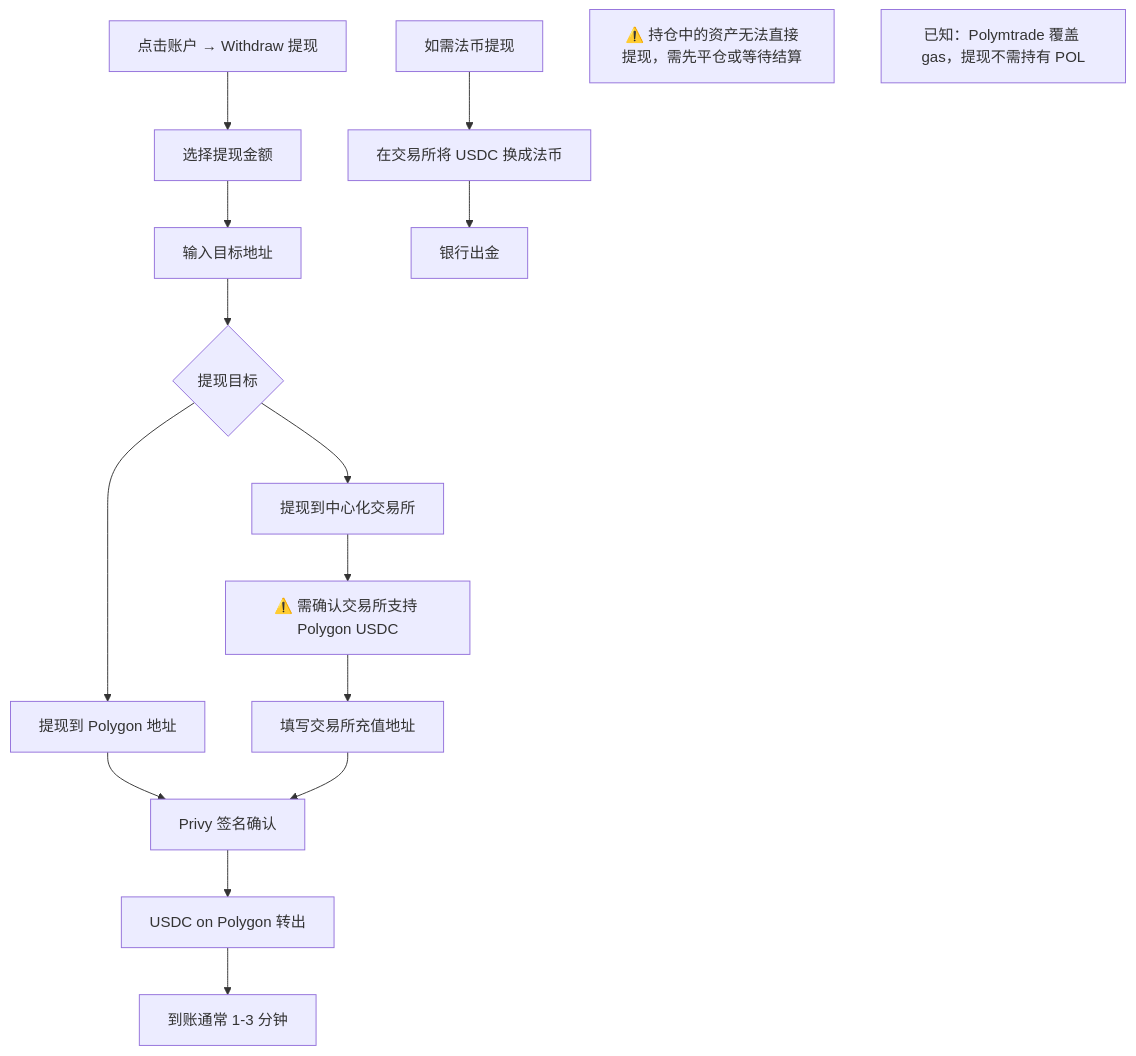
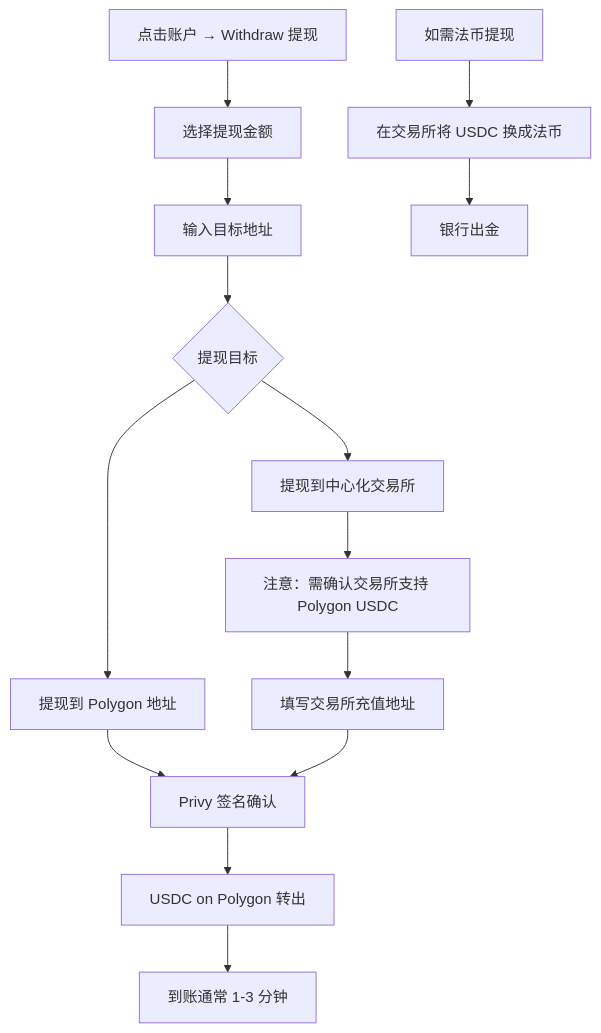
The fifth of 14 diagrams in research/03_polymtrade/analysis.md (survivorff/polymarket_research), drawn with Mermaid before and after one commit. The commit also changed other lines of this file and 11 other files, not shown here.

First line of the commit message:
修复所有 Mermaid 语法错误，确保流程图可正常渲染

````diff
--- a/research/03_polymtrade/analysis.md
+++ b/research/03_polymtrade/analysis.md
@@ -151,19 +151,19 @@
 ```mermaid
 flowchart TD
     A[点击账户 → Withdraw 提现] --> B[选择提现金额]
     B --> C[输入目标地址]
     C --> D{提现目标}
     D --> D1[提现到 Polygon 地址]
     D --> D2[提现到中心化交易所]
     D1 --> E[Privy 签名确认]
-    D2 --> F[⚠️ 需确认交易所支持 Polygon USDC]
+    D2 --> F["注意：需确认交易所支持 Polygon USDC"]
     F --> G[填写交易所充值地址]
     G --> E
     E --> H[USDC on Polygon 转出]
     H --> I[到账通常 1-3 分钟]
 
     J[如需法币提现] --> K[在交易所将 USDC 换成法币]
     K --> L[银行出金]
-    note1[⚠️ 持仓中的资产无法直接提现，需先平仓或等待结算]
-    note2[已知：Polymtrade 覆盖 gas，提现不需持有 POL]
+    %% 注: ⚠️ 持仓中的资产无法直接提现，需先平仓或等待结算
+    %% 注: 已知：Polymtrade 覆盖 gas，提现不需持有 POL
 ```
````
